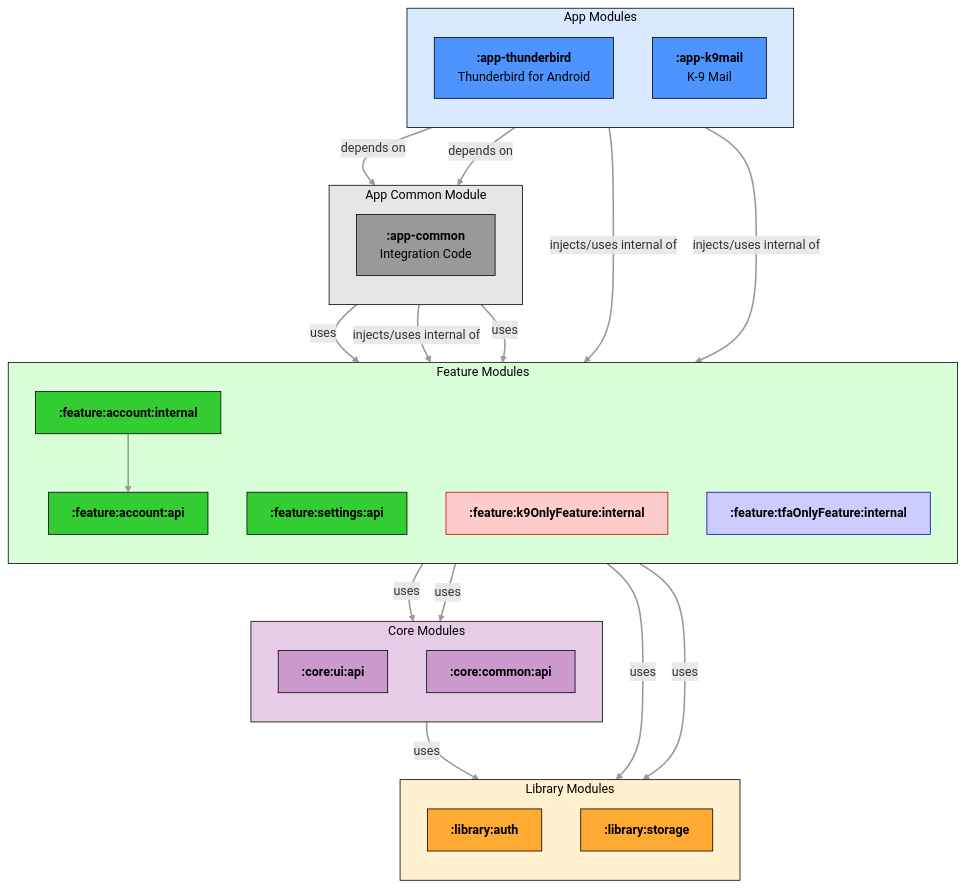
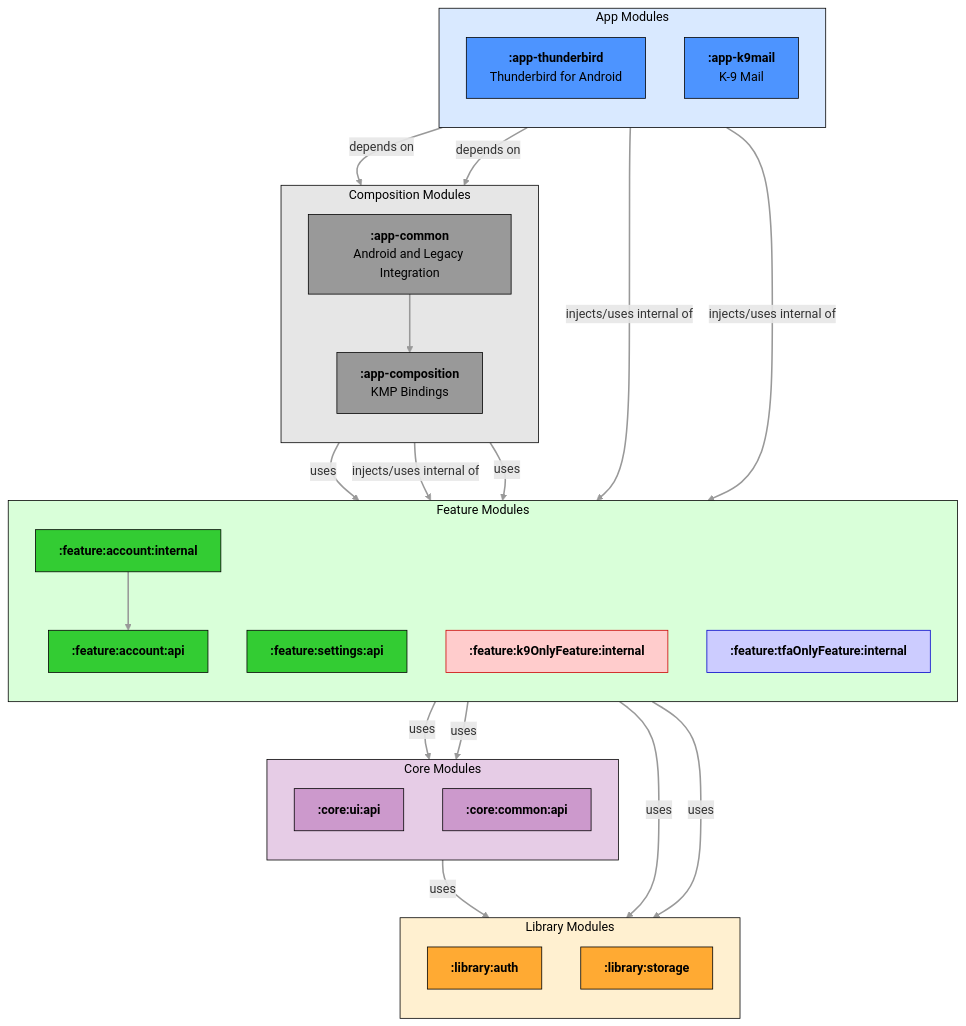
One commit to thunderbird/thunderbird-android changed the second of 2 diagrams in docs/architecture/module-organization.md. Above: the diagram before and after it, drawn with Mermaid. The commit also changed other lines of this file and 7 other files, not shown here.

Commit message:
docs(architecture): define app composition boundaries

````diff
--- a/docs/architecture/module-organization.md
+++ b/docs/architecture/module-organization.md
@@ -232,79 +238,81 @@
 ```mermaid
 graph TB
     subgraph APP[App Modules]
         direction TB
         APP_TB["`**:app-thunderbird**<br>Thunderbird for Android`"]
         APP_K9["`**:app-k9mail**<br>K-9 Mail`"]
     end
 
-    subgraph COMMON[App Common Module]
+    subgraph COMPOSITION[Composition Modules]
         direction TB
-        COMMON_APP["`**:app-common**<br>Integration Code`"]
+        APP_COMPOSITION["`**:app-composition**<br>KMP Bindings`"]
+        COMMON_APP["`**:app-common**<br>Android and Legacy Integration`"]
     end
 
     subgraph FEATURE[Feature Modules]
         direction TB
         FEATURE_ACCOUNT_API["`**:feature:account:api**`"]
         FEATURE_ACCOUNT_INTERNAL["`**:feature:account:internal**`"]
         FEATURE_SETTINGS_API["`**:feature:settings:api**`"]
         FEATURE_K9["`**:feature:k9OnlyFeature:internal**`"]
         FEATURE_TB["`**:feature:tfaOnlyFeature:internal**`"]
     end
 
     subgraph CORE[Core Modules]
         direction TB
         CORE_UI_API["`**:core:ui:api**`"]
         CORE_COMMON_API["`**:core:common:api**`"]
     end
 
     subgraph LIBRARY[Library Modules]
         direction TB
         LIB_AUTH["`**:library:auth**`"]
         LIB_STORAGE["`**:library:storage**`"]
     end
 
     APP_K9 --> |depends on| COMMON_APP
     APP_TB --> |depends on| COMMON_APP
-    COMMON_APP --> |uses| FEATURE_ACCOUNT_API
-    COMMON_APP --> |injects/uses internal of| FEATURE_ACCOUNT_INTERNAL
+    COMMON_APP --> APP_COMPOSITION
+    APP_COMPOSITION --> |uses| FEATURE_ACCOUNT_API
+    APP_COMPOSITION --> |injects/uses internal of| FEATURE_ACCOUNT_INTERNAL
     FEATURE_ACCOUNT_INTERNAL --> FEATURE_ACCOUNT_API
-    COMMON_APP --> |uses| FEATURE_SETTINGS_API
+    APP_COMPOSITION --> |uses| FEATURE_SETTINGS_API
     APP_K9 --> |injects/uses internal of| FEATURE_K9
     APP_TB --> |injects/uses internal of| FEATURE_TB
     FEATURE_ACCOUNT_API --> |uses| CORE_UI_API
     FEATURE_SETTINGS_API --> |uses| CORE_COMMON_API
     FEATURE_TB --> |uses| LIB_AUTH
     FEATURE_K9 --> |uses| LIB_STORAGE
     CORE_COMMON_API --> |uses| LIB_STORAGE
 
     classDef app fill:#d9e9ff,stroke:#000000,color:#000000
     classDef app_module fill:#4d94ff,stroke:#000000,color:#000000
     classDef common fill:#e6e6e6,stroke:#000000,color:#000000
     classDef common_module fill:#999999,stroke:#000000,color:#000000
     classDef feature fill:#d9ffd9,stroke:#000000,color:#000000
     classDef feature_module fill:#33cc33,stroke:#000000,color:#000000
     classDef core fill:#e6cce6,stroke:#000000,color:#000000
     classDef core_module fill:#cc99cc,stroke:#000000,color:#000000
     classDef library fill:#fff0d0,stroke:#000000,color:#000000
     classDef library_module fill:#ffaa33,stroke:#000000,color:#000000
     classDef legacy fill:#ffe6e6,stroke:#000000,color:#000000
     classDef legacy_module fill:#ff9999,stroke:#000000,color:#000000
 
     linkStyle default stroke:#999,stroke-width:2px
 
     class APP app
     class APP_TB,APP_K9 app_module
-    class COMMON common
-    class COMMON_APP common_module
+    class COMPOSITION common
+    class APP_COMPOSITION,COMMON_APP common_module
     class FEATURE feature
-    class FEATURE_ACCOUNT_API,FEATURE_ACCOUNT_INTERNAL,FEATURE_SETTINGS_API,FEATURE_MAIL feature_module
+    class FEATURE_ACCOUNT_API,FEATURE_ACCOUNT_INTERNAL,FEATURE_SETTINGS_API feature_module
     class CORE core
     class CORE_UI_API,CORE_COMMON_API core_module
     class LIBRARY library
     class LIB_AUTH,LIB_STORAGE library_module
 
     classDef featureK9 fill:#ffcccc,stroke:#cc0000,color:#000000
     classDef featureTB fill:#ccccff,stroke:#0000cc,color:#000000
     class FEATURE_K9 featureK9
     class FEATURE_TB featureTB
 ```
````
